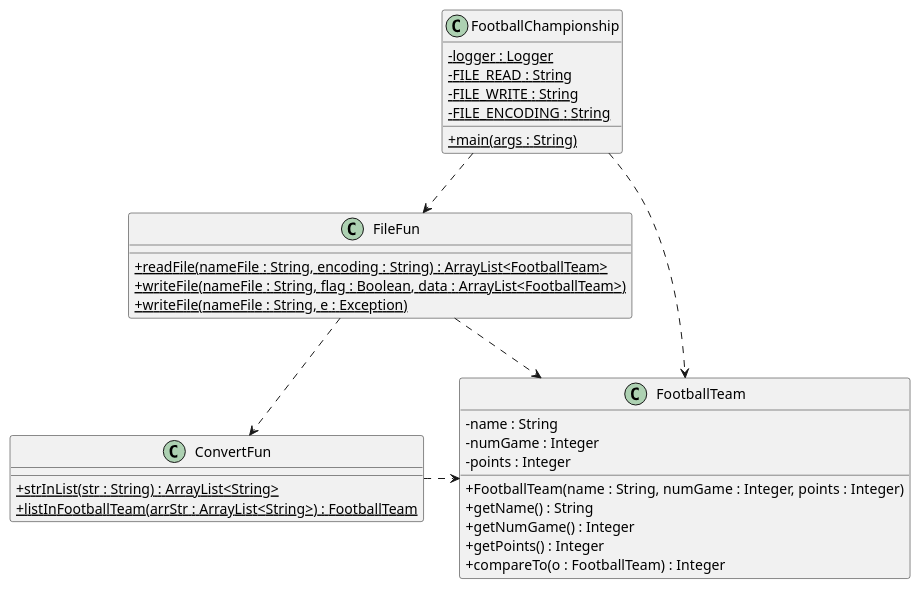
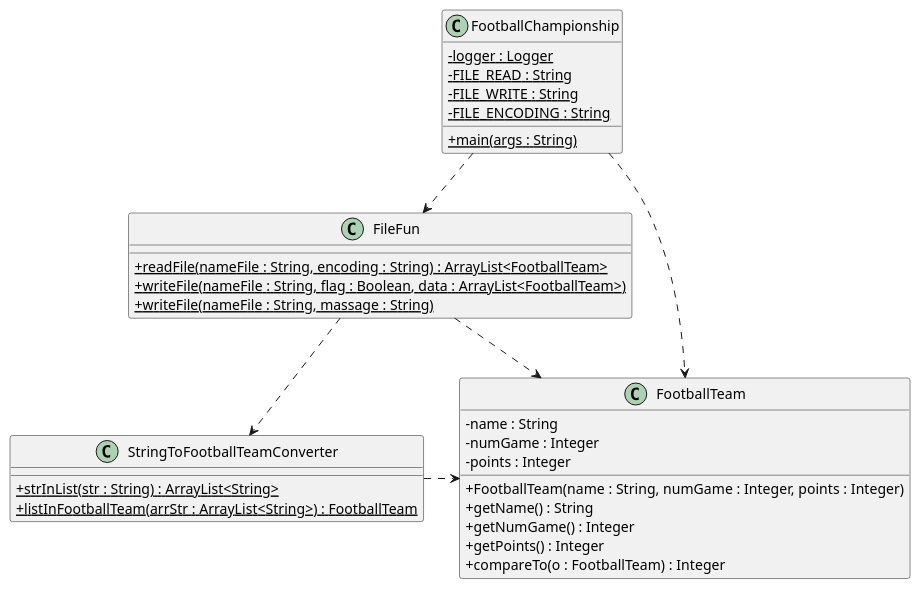
The diagram in FootballChampionship.puml (BasilAntonov/FootballChampionship), drawn with PlantUML before and after one commit. The commit also changed 4 other files, not shown here.

```diff
--- a/FootballChampionship.puml
+++ b/FootballChampionship.puml
@@ -1,46 +1,46 @@
 @startuml
 
 skinparam classAttributeIconSize 0
 
 class FootballChampionship {
 
     - {static} logger : Logger
     - {static} FILE_READ : String
     - {static} FILE_WRITE : String
     - {static} FILE_ENCODING : String
 
     + {static} main(args : String)
 }
 
 class FootballTeam {
 
     - name : String
     - numGame : Integer
     - points : Integer
 
     + FootballTeam(name : String, numGame : Integer, points : Integer)
     + getName() : String
     + getNumGame() : Integer
     + getPoints() : Integer
     + compareTo(o : FootballTeam) : Integer
 }
 
-class ConvertFun {
+class StringToFootballTeamConverter {
 
     + {static} strInList(str : String) : ArrayList<String>
     + {static} listInFootballTeam(arrStr : ArrayList<String>) : FootballTeam
 }
 
 class FileFun {
 
     + {static} readFile(nameFile : String, encoding : String) : ArrayList<FootballTeam>
     + {static} writeFile(nameFile : String, flag : Boolean, data : ArrayList<FootballTeam>)
-    + {static} writeFile(nameFile : String, e : Exception)
+    + {static} writeFile(nameFile : String, massage : String)
 }
 
 FootballChampionship .> FootballTeam
 FootballChampionship ..> FileFun
-FileFun .> ConvertFun
+FileFun .> StringToFootballTeamConverter
 FileFun ..> FootballTeam
-ConvertFun .> FootballTeam
+StringToFootballTeamConverter .> FootballTeam
 @enduml
```
